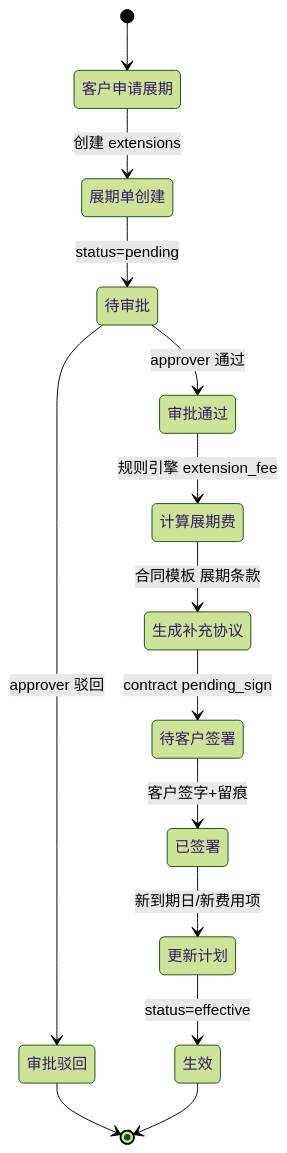
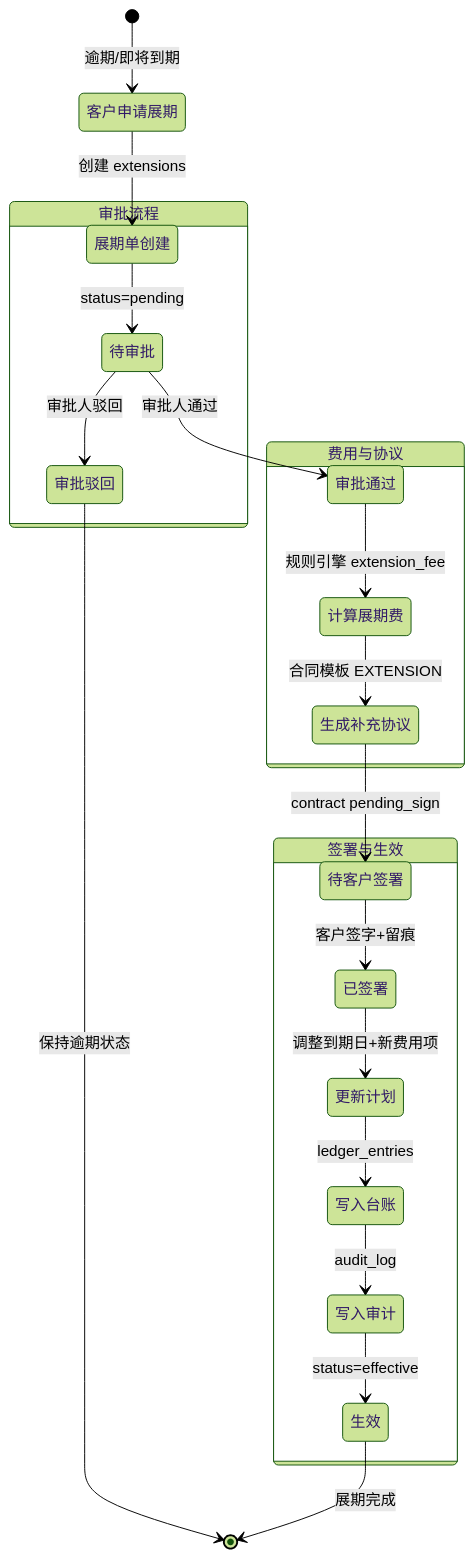
The fifth of 12 diagrams in docs/03-flow-diagrams.md (johngreece/JIEDAI), drawn with Mermaid (forest theme) before and after one commit. The commit also changed other lines of this file and 4 other files, not shown here.

Commit message:
docs: v2.0 rewrite - system modules, ER design (32 tables), flow diagrams, menu structure; prisma schema enhanced with new models and fields

````diff
--- a/docs/03-flow-diagrams.md
+++ b/docs/03-flow-diagrams.md
@@ -158,19 +223,28 @@
 ```mermaid
 stateDiagram-v2
-    [*] --> 客户申请展期
+    [*] --> 客户申请展期: 逾期/即将到期
     客户申请展期 --> 展期单创建: 创建 extensions
-    展期单创建 --> 待审批: status=pending
 
-    待审批 --> 审批通过: approver 通过
-    待审批 --> 审批驳回: approver 驳回
+    state 审批流程 {
+        展期单创建 --> 待审批: status=pending
+        待审批 --> 审批通过: 审批人通过
+        待审批 --> 审批驳回: 审批人驳回
+    }
 
-    审批通过 --> 计算展期费: 规则引擎 extension_fee
-    计算展期费 --> 生成补充协议: 合同模板 展期条款
-    生成补充协议 --> 待客户签署: contract pending_sign
-    待客户签署 --> 已签署: 客户签字+留痕
-    已签署 --> 更新计划: 新到期日/新费用项
-    更新计划 --> 生效: status=effective
+    state 费用与协议 {
+        审批通过 --> 计算展期费: 规则引擎 extension_fee
+        计算展期费 --> 生成补充协议: 合同模板 EXTENSION
+        生成补充协议 --> 待客户签署: contract pending_sign
+    }
 
-    审批驳回 --> [*]
-    生效 --> [*]
+    state 签署与生效 {
+        待客户签署 --> 已签署: 客户签字+留痕
+        已签署 --> 更新计划: 调整到期日+新费用项
+        更新计划 --> 写入台账: ledger_entries
+        写入台账 --> 写入审计: audit_log
+        写入审计 --> 生效: status=effective
+    }
+
+    审批驳回 --> [*]: 保持逾期状态
+    生效 --> [*]: 展期完成
 ```
````
